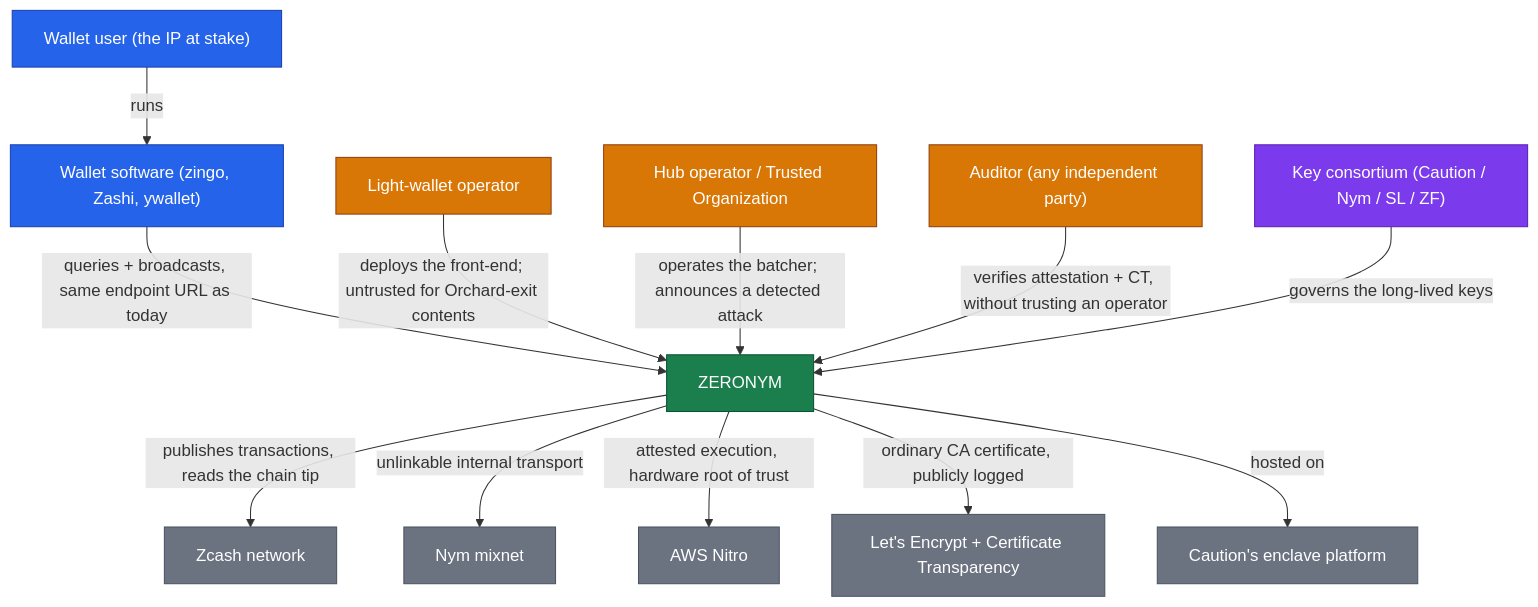
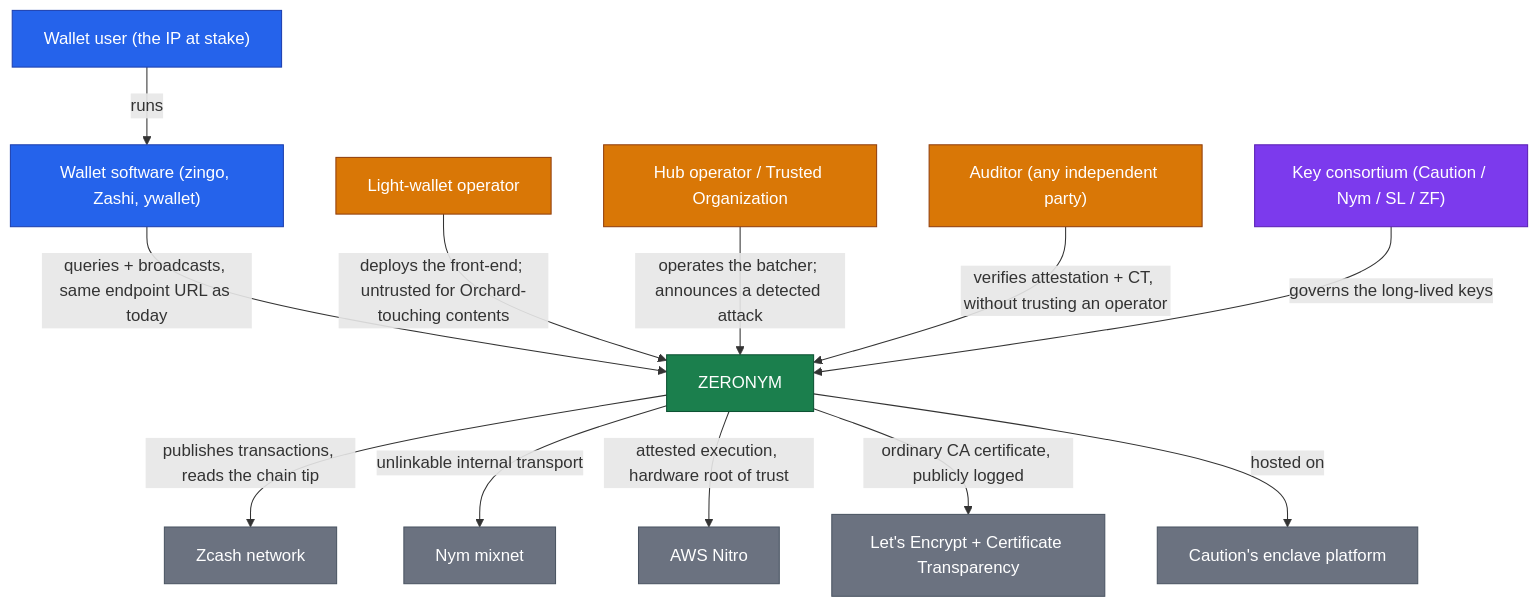
Before and after one commit to ShieldedLabs/zero: the diagram in zeronym/book/src/introduction.md, drawn with Mermaid. The commit also changed other lines of this file and 7 other files, not shown here.

````diff
--- a/zeronym/book/src/introduction.md
+++ b/zeronym/book/src/introduction.md
@@ -22,25 +22,25 @@
 ```mermaid
 flowchart TB
   USER["Wallet user (the IP at stake)"] -->|"runs"| WAL["Wallet software (zingo, Zashi, ywallet)"]
   WAL -->|"queries + broadcasts, same endpoint URL as today"| ZN["ZERONYM"]
-  OPR["Light-wallet operator"] -->|"deploys the front-end; untrusted for Orchard-exit contents"| ZN
+  OPR["Light-wallet operator"] -->|"deploys the front-end; untrusted for Orchard-touching contents"| ZN
   TO["Hub operator / Trusted Organization"] -->|"operates the batcher; announces a detected attack"| ZN
   AUD["Auditor (any independent party)"] -->|"verifies attestation + CT, without trusting an operator"| ZN
   KC["Key consortium (Caution / Nym / SL / ZF)"] -->|"governs the long-lived keys"| ZN
   ZN -->|"publishes transactions, reads the chain tip"| ZEC["Zcash network"]
   ZN -->|"unlinkable internal transport"| NYM["Nym mixnet"]
   ZN -->|"attested execution, hardware root of trust"| NITRO["AWS Nitro"]
   ZN -->|"ordinary CA certificate, publicly logged"| CT["Let's Encrypt + Certificate Transparency"]
   ZN -->|"hosted on"| CAU["Caution's enclave platform"]
 
   classDef enclave fill:#1b7f4d,color:#fff,stroke:#0d5233;
   classDef client fill:#2563eb,color:#fff,stroke:#1e40af;
   classDef actor fill:#d97706,color:#fff,stroke:#92400e;
   classDef keyinfra fill:#7c3aed,color:#fff,stroke:#5b21b6;
   classDef external fill:#6b7280,color:#fff,stroke:#4b5563;
   class ZN enclave;
   class USER,WAL client;
   class OPR,TO,AUD actor;
   class KC keyinfra;
   class ZEC,NYM,NITRO,CT,CAU external;
 ```
````
